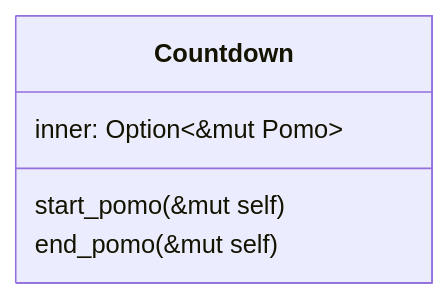
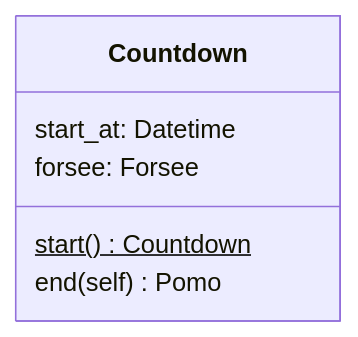
Before and after one commit to huangjj27/huangjj27.github.io: the second of 4 diagrams in src/pomo_doro/pomo.md, drawn with Mermaid. The commit also changed other lines of this file, not shown here.

Commit message:
sprint-0.0.2(pomo): 重新分析并修正 Countdown 功能

````diff
--- a/src/pomo_doro/pomo.md
+++ b/src/pomo_doro/pomo.md
@@ -37,8 +37,9 @@
 ```mermaid
 classDiagram
     class Countdown {
-        inner: Option~&mut Pomo~
-        start_pomo(&mut self)
-        end_pomo(&mut self)
+        start_at: Datetime
+        forsee: Forsee
+        start() Countdown$
+        end(self) Pomo
     }
 ```
````
